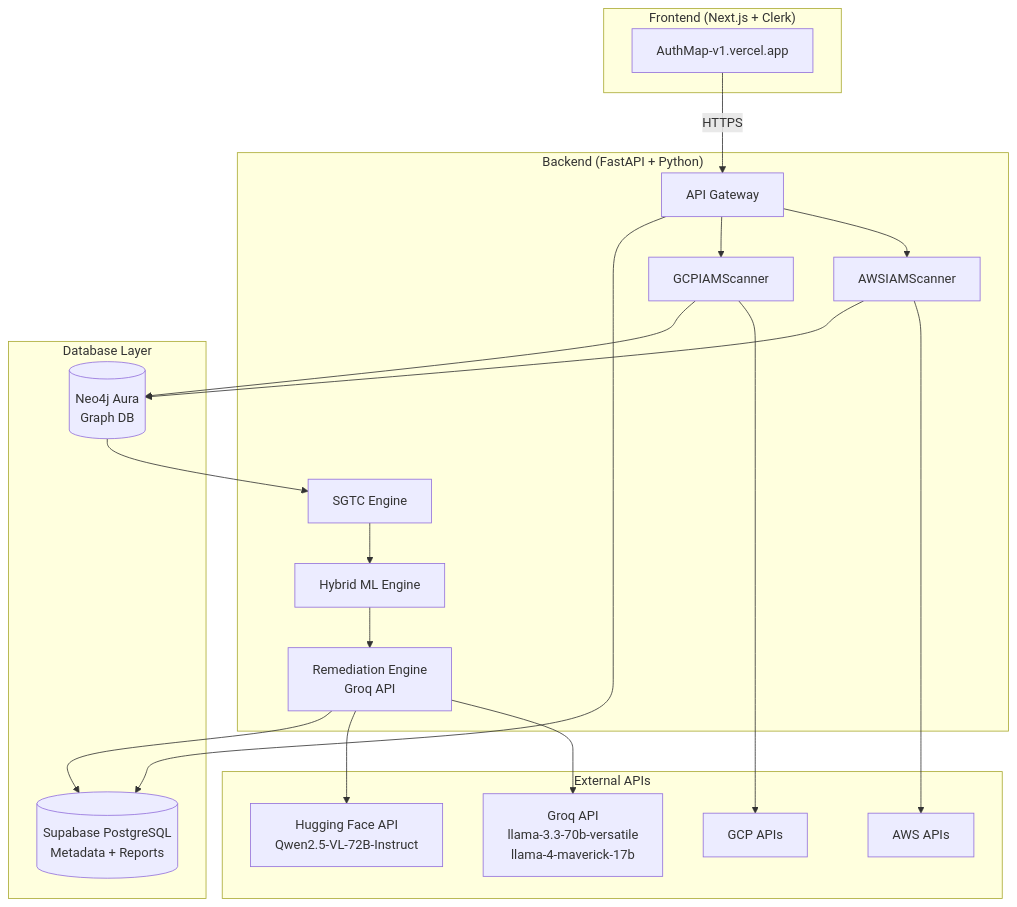
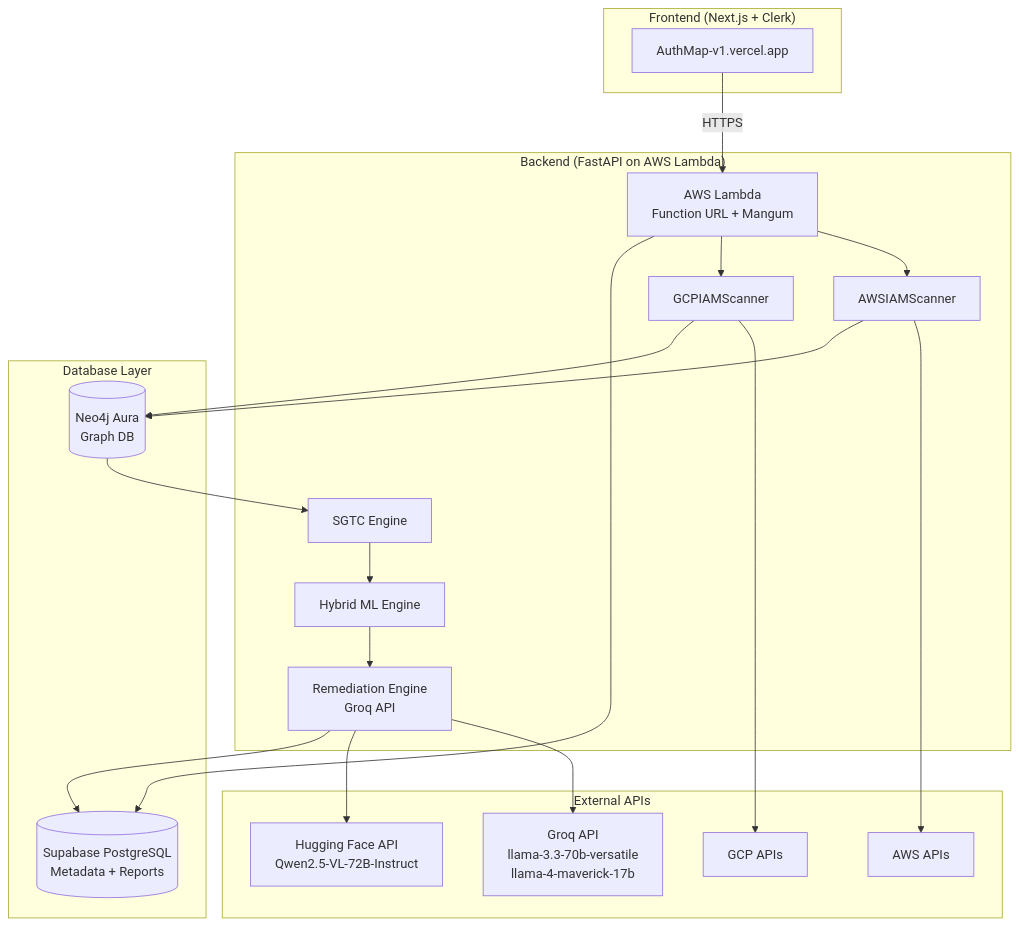
The eighth of 8 diagrams in technicalreport.md (devjoshi2005/AuthMap), drawn with Mermaid before and after one commit. The commit also changed other lines of this file and 2 other files, not shown here.

Commit message:
docs: document AWS Lambda deployment stack and update deploy script

````diff
--- a/technicalreport.md
+++ b/technicalreport.md
@@ -712,42 +712,42 @@
 ```mermaid
 flowchart TB
     subgraph Frontend["Frontend (Next.js + Clerk)"]
         A[AuthMap-v1.vercel.app]
     end
     
-    subgraph Backend["Backend (FastAPI + Python)"]
-        B[API Gateway]
+    subgraph Backend["Backend (FastAPI on AWS Lambda)"]
+        B[AWS Lambda<br/>Function URL + Mangum]
         C[AWSIAMScanner]
         D[GCPIAMScanner]
         E[SGTC Engine]
         F[Hybrid ML Engine]
         G[Remediation Engine<br/>Groq API]
     end
     
     subgraph Database["Database Layer"]
         H[(Neo4j Aura<br/>Graph DB)]
         I[(Supabase PostgreSQL<br/>Metadata + Reports)]
     end
     
     subgraph External["External APIs"]
         J[AWS APIs]
         K[GCP APIs]
         L[Groq API<br/>llama-3.3-70b-versatile<br/>llama-4-maverick-17b]
         M[Hugging Face API<br/>Qwen2.5-VL-72B-Instruct]
     end
     
     A -->|HTTPS| B
     B --> C
     B --> D
     C --> J
     D --> K
     C --> H
     D --> H
     H --> E
     E --> F
     F --> G
     G --> L
     G --> M
     B --> I
     G --> I
 ```
````
